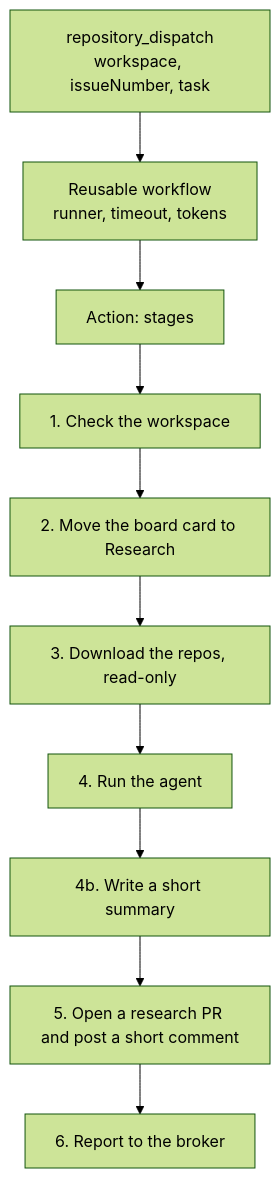
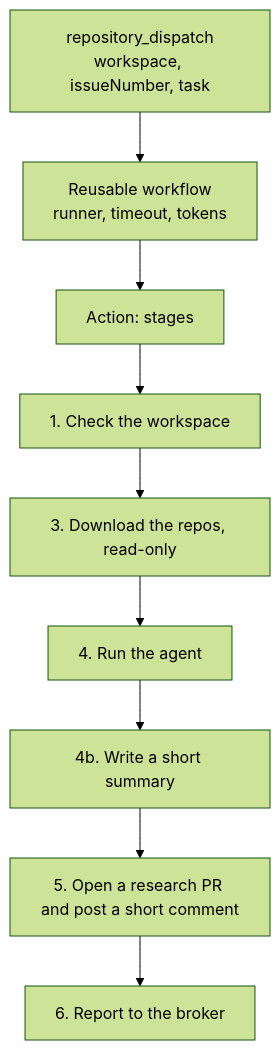
One commit to TheCloudPlumbingCo/slop-factory-pieces changed the diagram in packages/github/rpi-workflow/README.md. Above: the diagram before and after it, drawn with Mermaid (forest theme). The commit also changed other lines of this file and 16 other files, not shown here.

````diff
--- a/packages/github/rpi-workflow/README.md
+++ b/packages/github/rpi-workflow/README.md
@@ -56,12 +56,11 @@
 ```mermaid
 flowchart TD
     D["repository_dispatch<br/>workspace, issueNumber, task"] --> W["Reusable workflow<br/>runner, timeout, tokens"]
     W --> A["Action: stages"]
     A --> S1["1. Check the workspace"]
-    S1 --> S2["2. Move the board card to Research"]
-    S2 --> S3["3. Download the repos, read-only"]
+    S1 --> S3["3. Download the repos, read-only"]
     S3 --> S4["4. Run the agent"]
     S4 --> S4b["4b. Write a short summary"]
     S4b --> S5["5. Open a research PR and post a short comment"]
     S5 --> S6["6. Report to the broker"]
 ```
````
